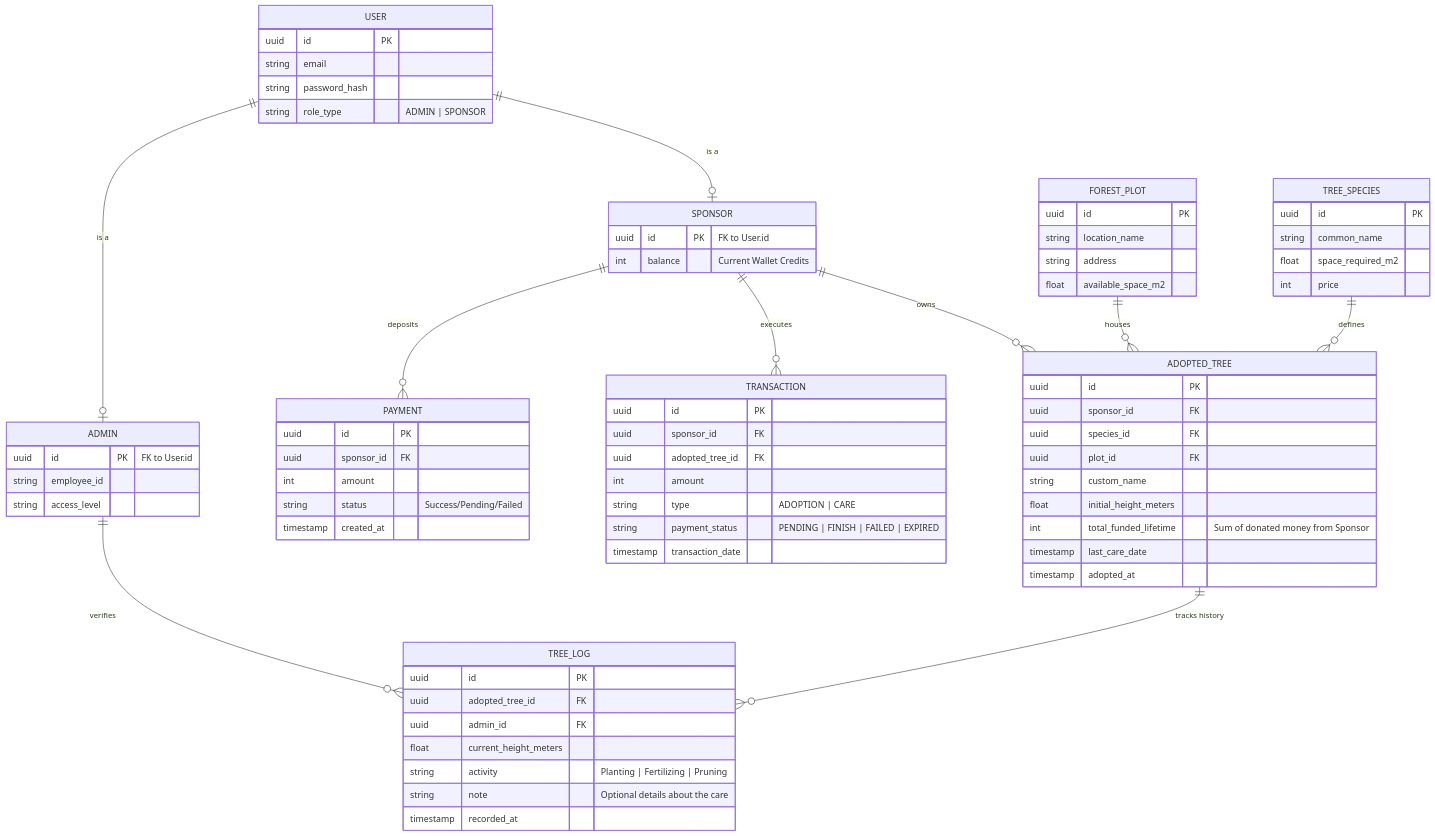
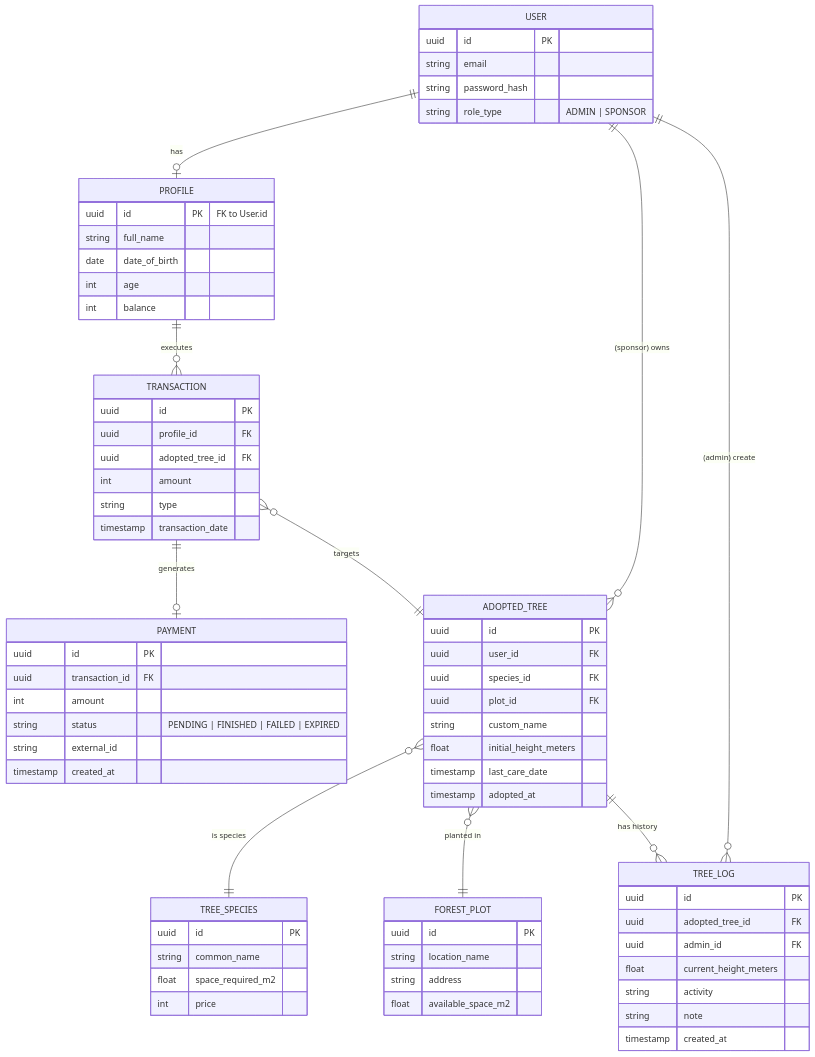
The diagram in docs/erd.mmd (EffelShuban/ReForest), drawn with Mermaid before and after one commit. The commit also changed 2 other files, not shown here.

Commit message:
feat: manages erd

```diff
--- a/docs/erd.mmd
+++ b/docs/erd.mmd
@@ -1,85 +1,81 @@
 erDiagram
-    USER ||--o| ADMIN : "is a"
-    USER ||--o| SPONSOR : "is a"
-
-    SPONSOR ||--o{ PAYMENT : "deposits"
-    SPONSOR ||--o{ TRANSACTION : "executes"
-
-    SPONSOR ||--o{ ADOPTED_TREE : "owns"
-    FOREST_PLOT ||--o{ ADOPTED_TREE : "houses"
-    TREE_SPECIES ||--o{ ADOPTED_TREE : "defines"
-
-    ADMIN ||--o{ TREE_LOG : "verifies"
-    ADOPTED_TREE ||--o{ TREE_LOG : "tracks history"
+    USER ||--o| PROFILE : "has"
+    USER ||--o{ ADOPTED_TREE : "(sponsor) owns"
+    USER ||--o{ TREE_LOG : "(admin) create"
+    
+    PROFILE ||--o{ TRANSACTION : "executes"
+    
+    TRANSACTION ||--o| PAYMENT : "generates"
+    TRANSACTION }o--|| ADOPTED_TREE : "targets"
+    
+    ADOPTED_TREE }o--|| TREE_SPECIES : "is species"
+    ADOPTED_TREE }o--|| FOREST_PLOT : "planted in"
+    ADOPTED_TREE ||--o{ TREE_LOG : "has history"
 
     USER {
         uuid id PK
         string email
         string password_hash
         string role_type "ADMIN | SPONSOR"
     }
 
-    ADMIN {
+    PROFILE {
         uuid id PK "FK to User.id"
-        string employee_id
-        string access_level
-    }
-
-    SPONSOR {
-        uuid id PK "FK to User.id"
-        int balance "Current Wallet Credits"
+        string full_name
+        date date_of_birth
+        int age
+        int balance
     }
 
     PAYMENT {
         uuid id PK
-        uuid sponsor_id FK
+        uuid transaction_id FK
         int amount
-        string status "Success/Pending/Failed"
+        string status "PENDING | FINISHED | FAILED | EXPIRED"
+        string external_id
         timestamp created_at
     }
 
     TRANSACTION {
         uuid id PK
-        uuid sponsor_id FK
+        uuid profile_id FK
         uuid adopted_tree_id FK
         int amount
-        string type "ADOPTION | CARE"
-        string payment_status "PENDING | FINISH | FAILED | EXPIRED"
+        string type
         timestamp transaction_date
     }
 
     FOREST_PLOT {
         uuid id PK
         string location_name
         string address
         float available_space_m2
     }
 
     TREE_SPECIES {
         uuid id PK
         string common_name
         float space_required_m2
         int price
     }
 
     ADOPTED_TREE {
         uuid id PK
-        uuid sponsor_id FK
+        uuid user_id FK
         uuid species_id FK
         uuid plot_id FK
         string custom_name
         float initial_height_meters
-        int total_funded_lifetime "Sum of donated money from Sponsor"
         timestamp last_care_date
         timestamp adopted_at
     }
 
     TREE_LOG {
         uuid id PK
         uuid adopted_tree_id FK
         uuid admin_id FK
         float current_height_meters
-        string activity "Planting | Fertilizing | Pruning"
-        string note "Optional details about the care"
-        timestamp recorded_at
+        string activity
+        string note
+        timestamp created_at
     }
```
